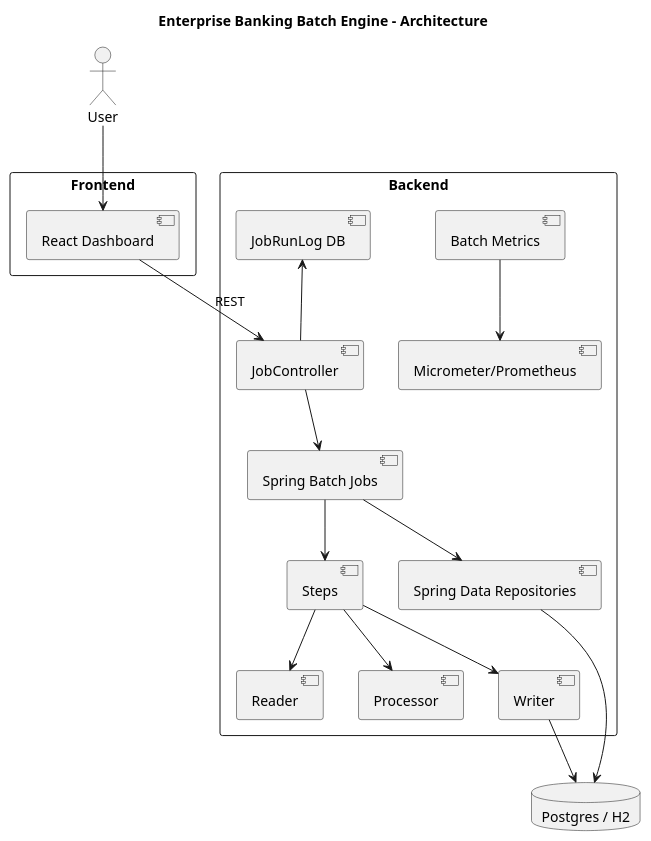
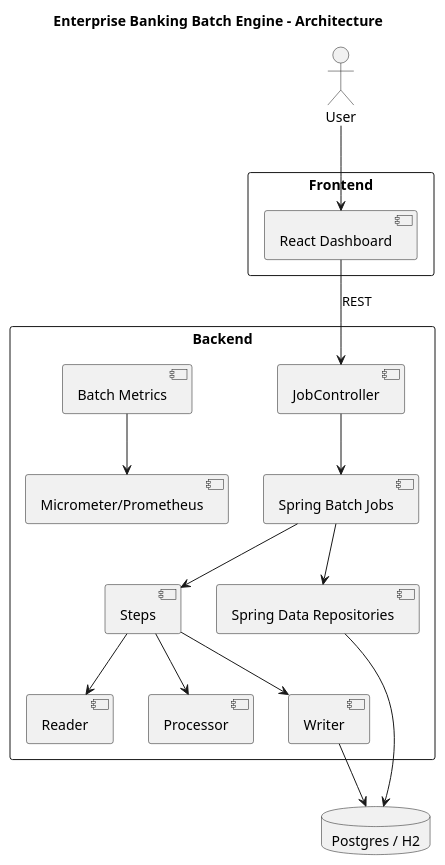
One commit to PraveenkumarG5/cap-proj1 changed the diagram in backend/docs/architecture.puml. Above: the diagram before and after it, drawn with PlantUML. The commit also changed 9 other files, not shown here.

```diff
--- a/backend/docs/architecture.puml
+++ b/backend/docs/architecture.puml
@@ -1,25 +1,24 @@
 @startuml
 title Enterprise Banking Batch Engine - Architecture
 
 actor User
 rectangle Frontend {
   [React Dashboard]
 }
 rectangle Backend {
   [JobController] --> [Spring Batch Jobs]
   [Spring Batch Jobs] --> [Steps]
   [Steps] --> [Reader]
   [Steps] --> [Processor]
   [Steps] --> [Writer]
-  [JobRunLog DB] <-- [JobController]
   [Spring Data Repositories]
   [Spring Batch Jobs] --> [Spring Data Repositories]
   [Batch Metrics] --> [Micrometer/Prometheus]
 }
 database "Postgres / H2" as DB
 [Writer] --> DB
 [Spring Data Repositories] --> DB
 [React Dashboard] --> [JobController] : REST
 User --> [React Dashboard]
 
 @enduml
```
